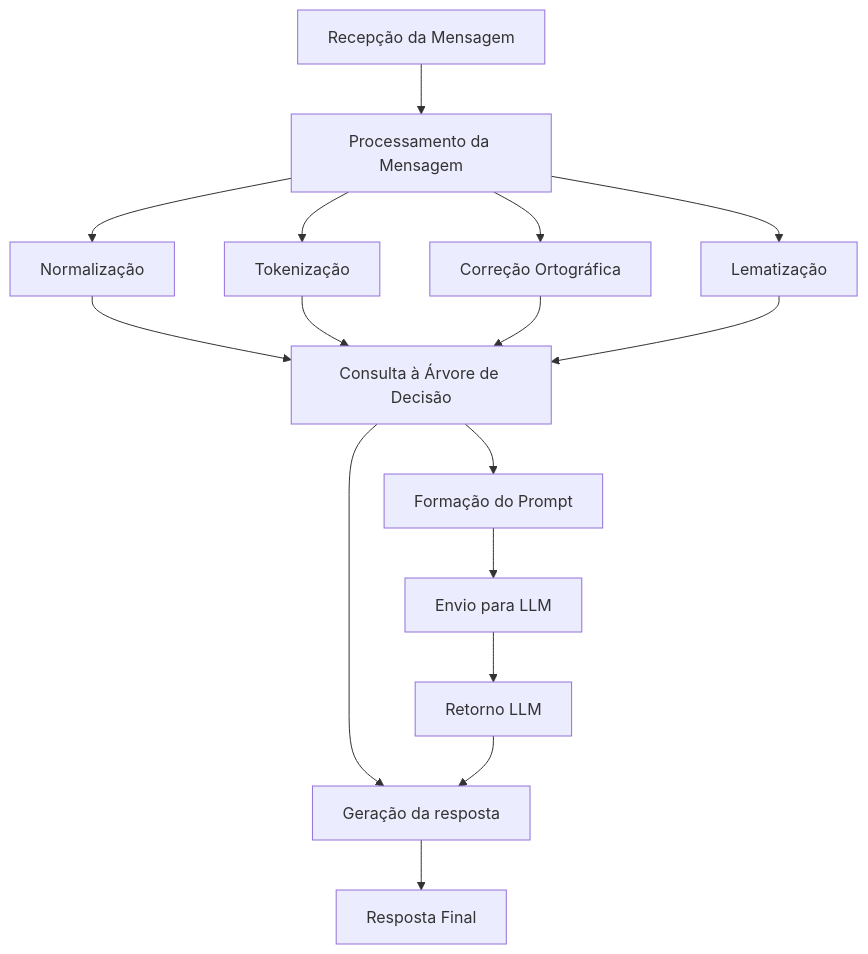
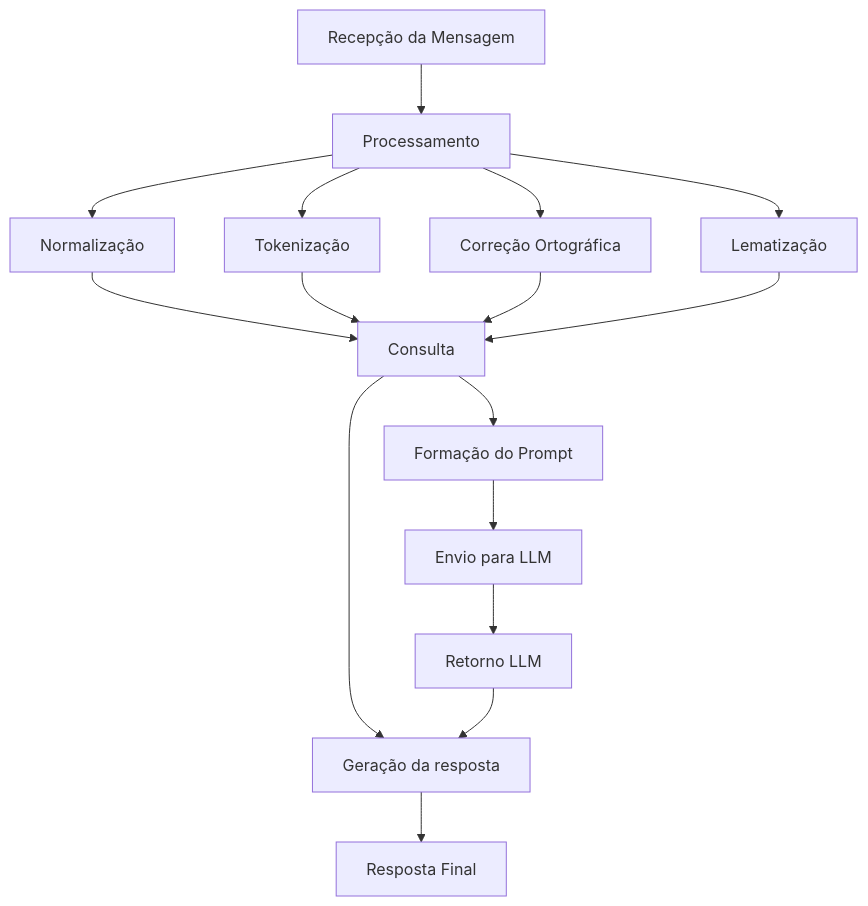
The second of 2 diagrams in README.md (RafaelRodrigues44/chatbot), drawn with Mermaid before and after one commit.

````diff
--- a/README.md
+++ b/README.md
@@ -46,19 +46,19 @@
 ```mermaid
 graph TD
-    A[Recepção da Mensagem] --> B[Processamento da Mensagem]
+    A[Recepção da Mensagem] --> B[Processamento]
     B --> C[Normalização]
     B --> D[Tokenização]
     B --> E[Correção Ortográfica]
     B --> F[Lematização]
-    C --> G[Consulta à Árvore de Decisão]
+    C --> G[Consulta]
     D --> G
     E --> G
     F --> G
     G --> H[Formação do Prompt]
     H --> L[Envio para LLM]
     L --> I[Retorno LLM]
     G --> J[Geração da resposta]
     I --> J
     J --> K[Resposta Final]
    
 ```
````
